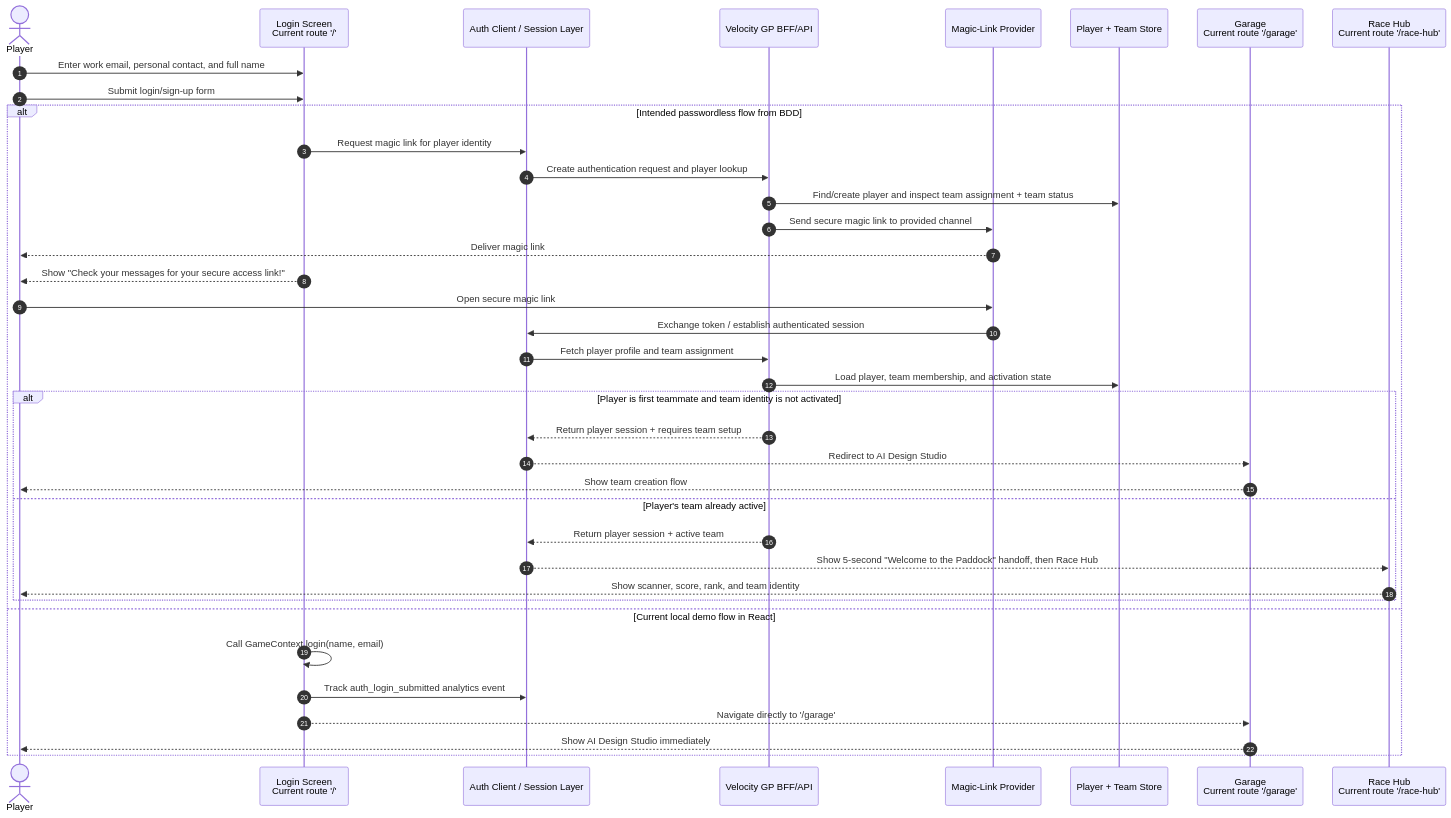
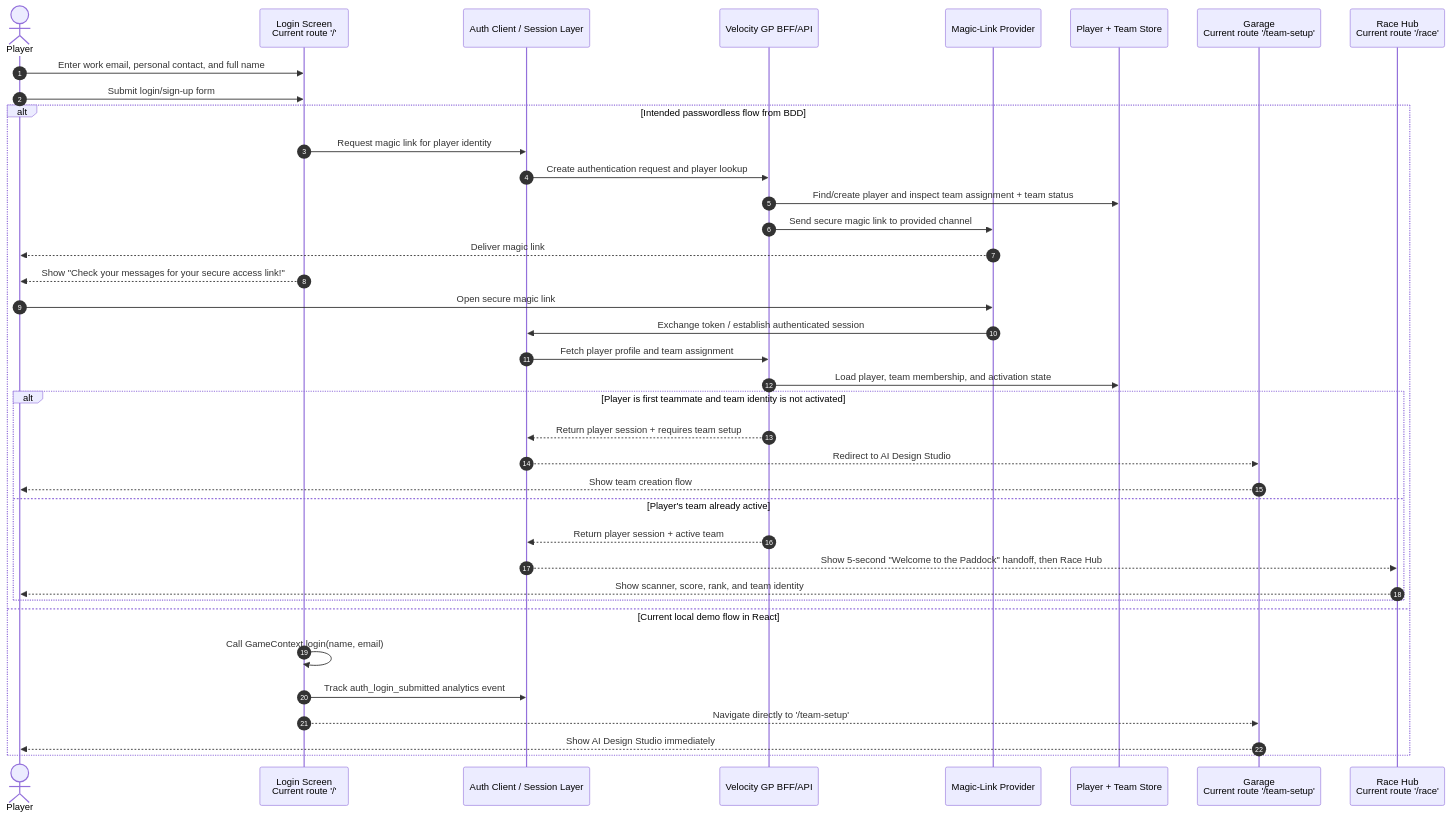
The first of 8 diagrams in docs/product/player-flow-diagrams.md (Helios-NOT-DEP/velocity-gp), drawn with Mermaid before and after one commit. The commit also changed other lines of this file and 14 other files, not shown here.

````diff
--- a/docs/product/player-flow-diagrams.md
+++ b/docs/product/player-flow-diagrams.md
@@ -14,43 +14,43 @@
 ``` mermaid
 sequenceDiagram
   autonumber
   actor Player
   participant LoginUI as Login Screen<br/>Current route '/'
   participant AuthClient as Auth Client / Session Layer
   participant BFF as Velocity GP BFF/API
   participant AuthProvider as Magic-Link Provider
   participant Store as Player + Team Store
-  participant GarageUI as Garage<br/>Current route '/garage'
-  participant RaceHubUI as Race Hub<br/>Current route '/race-hub'
+  participant GarageUI as Garage<br/>Current route '/team-setup'
+  participant RaceHubUI as Race Hub<br/>Current route '/race'
 
   Player->>LoginUI: Enter work email, personal contact, and full name
   Player->>LoginUI: Submit login/sign-up form
 
   alt Intended passwordless flow from BDD
     LoginUI->>AuthClient: Request magic link for player identity
     AuthClient->>BFF: Create authentication request and player lookup
     BFF->>Store: Find/create player and inspect team assignment + team status
     BFF->>AuthProvider: Send secure magic link to provided channel
     AuthProvider-->>Player: Deliver magic link
     LoginUI-->>Player: Show "Check your messages for your secure access link!"
     Player->>AuthProvider: Open secure magic link
     AuthProvider->>AuthClient: Exchange token / establish authenticated session
     AuthClient->>BFF: Fetch player profile and team assignment
     BFF->>Store: Load player, team membership, and activation state
 
     alt Player is first teammate and team identity is not activated
       BFF-->>AuthClient: Return player session + requires team setup
       AuthClient-->>GarageUI: Redirect to AI Design Studio
       GarageUI-->>Player: Show team creation flow
     else Player's team already active
       BFF-->>AuthClient: Return player session + active team
       AuthClient-->>RaceHubUI: Show 5-second "Welcome to the Paddock" handoff, then Race Hub
       RaceHubUI-->>Player: Show scanner, score, rank, and team identity
     end
   else Current local demo flow in React
     LoginUI->>LoginUI: Call GameContext.login(name, email)
     LoginUI->>AuthClient: Track auth_login_submitted analytics event
-    LoginUI-->>GarageUI: Navigate directly to '/garage'
+    LoginUI-->>GarageUI: Navigate directly to '/team-setup'
     GarageUI-->>Player: Show AI Design Studio immediately
   end
 ```
````
